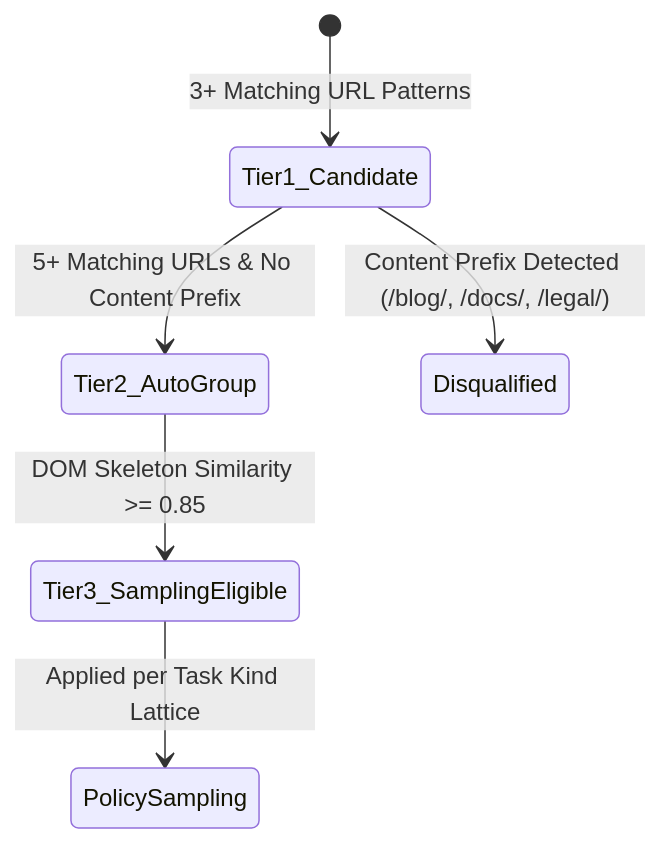
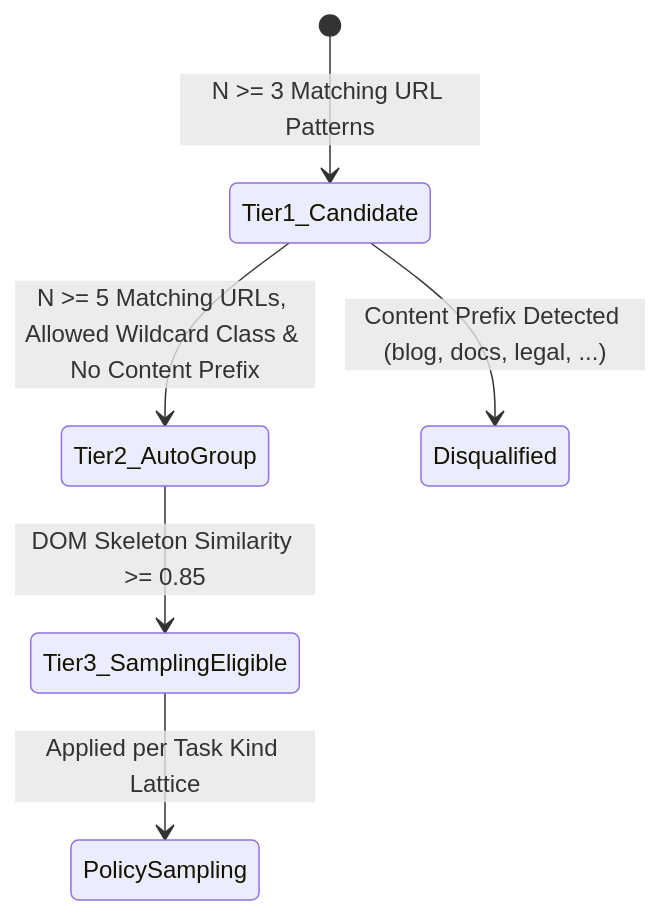
One commit to joelaniol/nova changed the third of 4 diagrams in docs/core-features/learning/task-url-coverage-tuc/pattern-grouping-and-sampling.md. Above: the diagram before and after it, drawn with Mermaid. The commit also changed other lines of this file and 9 other files, not shown here.

Commit message:
docs: fix LCJ formulas and LCJ/TOB diagrams

````diff
--- a/docs/core-features/learning/task-url-coverage-tuc/pattern-grouping-and-sampling.md
+++ b/docs/core-features/learning/task-url-coverage-tuc/pattern-grouping-and-sampling.md
@@ -71,8 +122,8 @@
 ```mermaid
 stateDiagram-v2
-    [*] --> Tier1_Candidate: 3+ Matching URL Patterns
-    Tier1_Candidate --> Tier2_AutoGroup: 5+ Matching URLs & No Content Prefix
-    Tier1_Candidate --> Disqualified: Content Prefix Detected (/blog/, /docs/, /legal/)
+    [*] --> Tier1_Candidate: N >= 3 Matching URL Patterns
+    Tier1_Candidate --> Tier2_AutoGroup: N >= 5 Matching URLs, Allowed Wildcard Class & No Content Prefix
+    Tier1_Candidate --> Disqualified: Content Prefix Detected (blog, docs, legal, ...)
     Tier2_AutoGroup --> Tier3_SamplingEligible: DOM Skeleton Similarity >= 0.85
     Tier3_SamplingEligible --> PolicySampling: Applied per Task Kind Lattice
 ```
````
